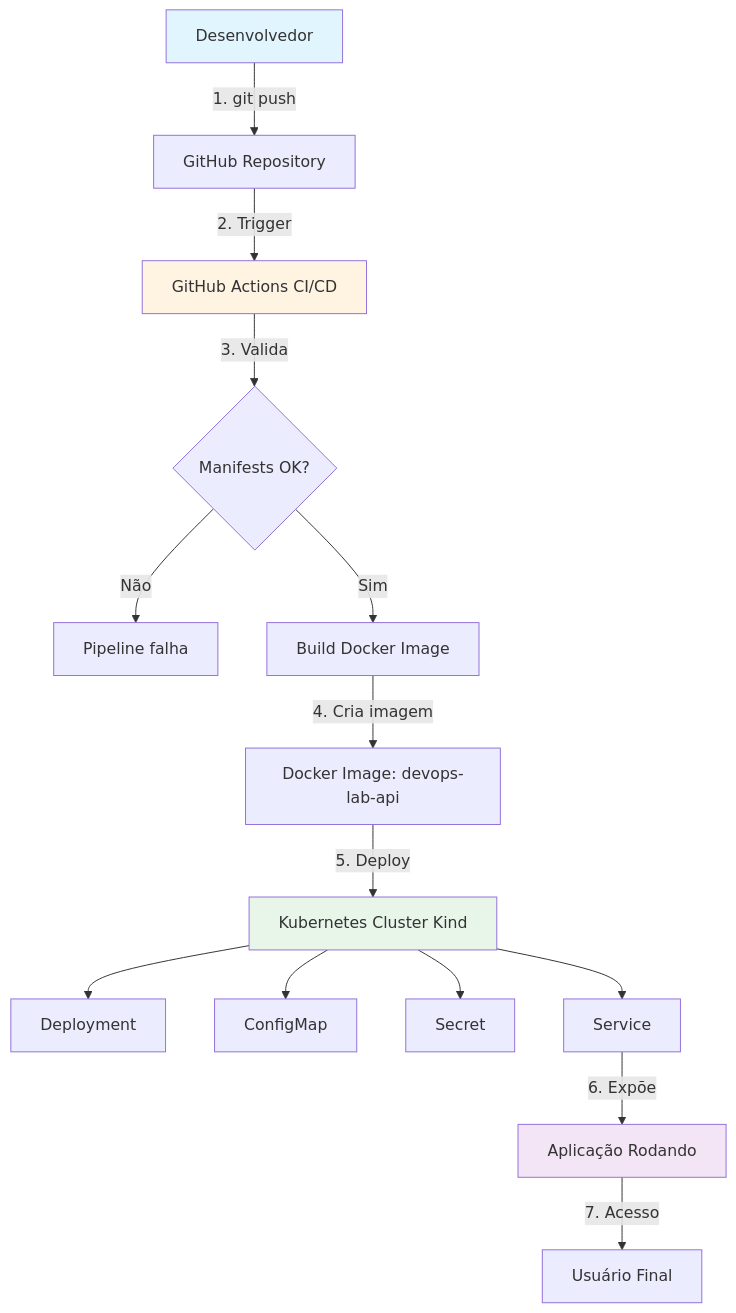
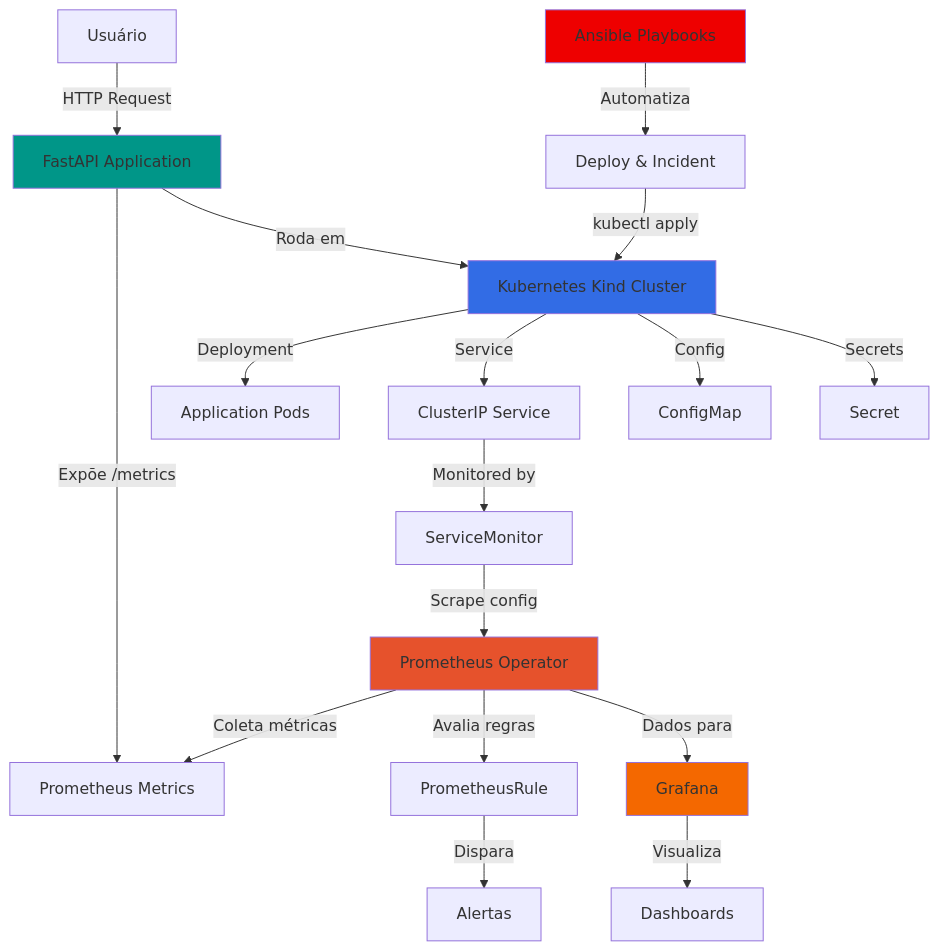
The first of 6 diagrams in README.md (CarlosZambonii/kubernetsProjeto), drawn with Mermaid before and after one commit. The commit also changed other lines of this file, not shown here.

````diff
--- a/README.md
+++ b/README.md
@@ -102,25 +69,32 @@
 ```mermaid
 graph TB
-    A[ Desenvolvedor] -->|1. git push| B[GitHub Repository]
-    B -->|2. Trigger| C[GitHub Actions CI/CD]
+    User[Usuário] -->|HTTP Request| API[FastAPI Application]
+    API -->|Expõe /metrics| Metrics[Prometheus Metrics]
     
-    C -->|3. Valida| D{Manifests OK?}
-    D -->| Não| E[Pipeline falha]
-    D -->| Sim| F[Build Docker Image]
+    API -->|Roda em| K8s[Kubernetes Kind Cluster]
     
-    F -->|4. Cria imagem| G[Docker Image: devops-lab-api]
-    G -->|5. Deploy| H[Kubernetes Cluster Kind]
+    K8s -->|Deployment| Pods[Application Pods]
+    K8s -->|Service| SVC[ClusterIP Service]
+    K8s -->|Config| CM[ConfigMap]
+    K8s -->|Secrets| SEC[Secret]
     
-    H --> I[ Deployment]
-    H --> J[ ConfigMap]
-    H --> K[ Secret]
-    H --> L[ Service]
+    SVC -->|Monitored by| SM[ServiceMonitor]
+    SM -->|Scrape config| Prom[Prometheus Operator]
     
-    L -->|6. Expõe| M[ Aplicação Rodando]
-    M -->|7. Acesso| N[ Usuário Final]
+    Prom -->|Coleta métricas| Metrics
+    Prom -->|Avalia regras| Rules[PrometheusRule]
     
-    style A fill:#e1f5ff
-    style C fill:#fff4e1
-    style H fill:#e8f5e9
-    style M fill:#f3e5f5
+    Rules -->|Dispara| Alerts[Alertas]
+    
+    Prom -->|Dados para| Graf[Grafana]
+    Graf -->|Visualiza| Dash[Dashboards]
+    
+    Ansible[Ansible Playbooks] -->|Automatiza| Deploy[Deploy & Incident]
+    Deploy -->|kubectl apply| K8s
+    
+    style API fill:#009688
+    style Prom fill:#E6522C
+    style Graf fill:#F46800
+    style Ansible fill:#EE0000
+    style K8s fill:#326CE5
 ```
````
